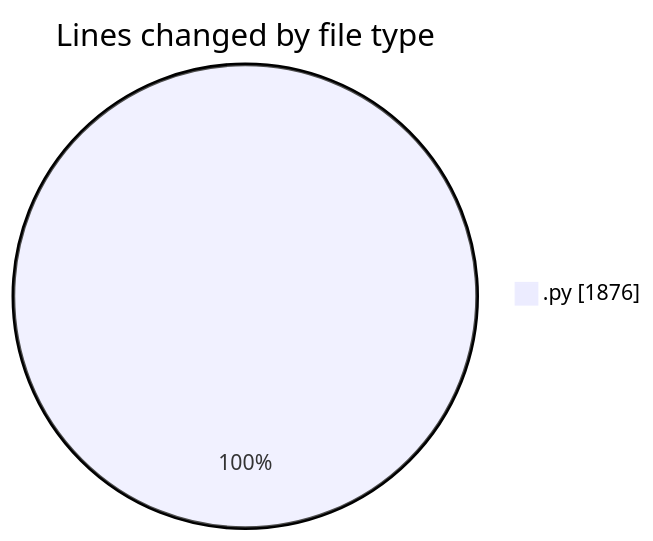
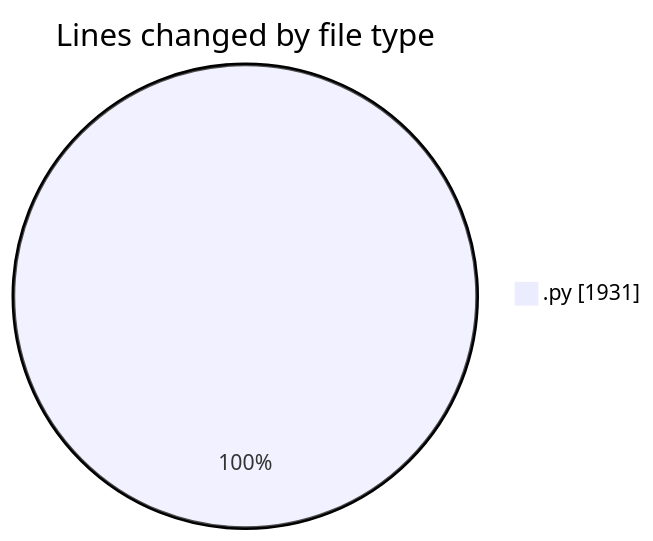
Before and after one commit to julien-gomy/code-tracking: the first of 2 diagrams in 2025-10-14/eventscop-api-guide__workspace_/README.md, drawn with Mermaid. The commit also changed other lines of this file and 1 other file, not shown here.

````diff
--- a/2025-10-14/eventscop-api-guide__workspace_/README.md
+++ b/2025-10-14/eventscop-api-guide__workspace_/README.md
@@ -22,5 +22,5 @@
 ```mermaid
 pie showData
 title Lines changed by file type
-".py" : 1876
+".py" : 1931
 ```
````
